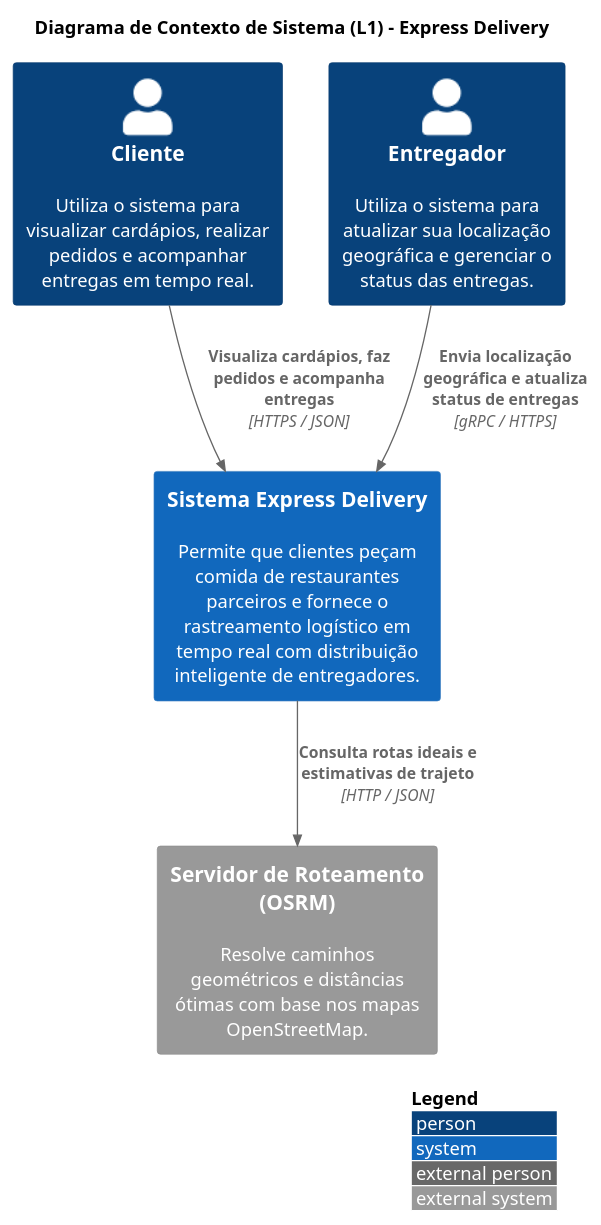
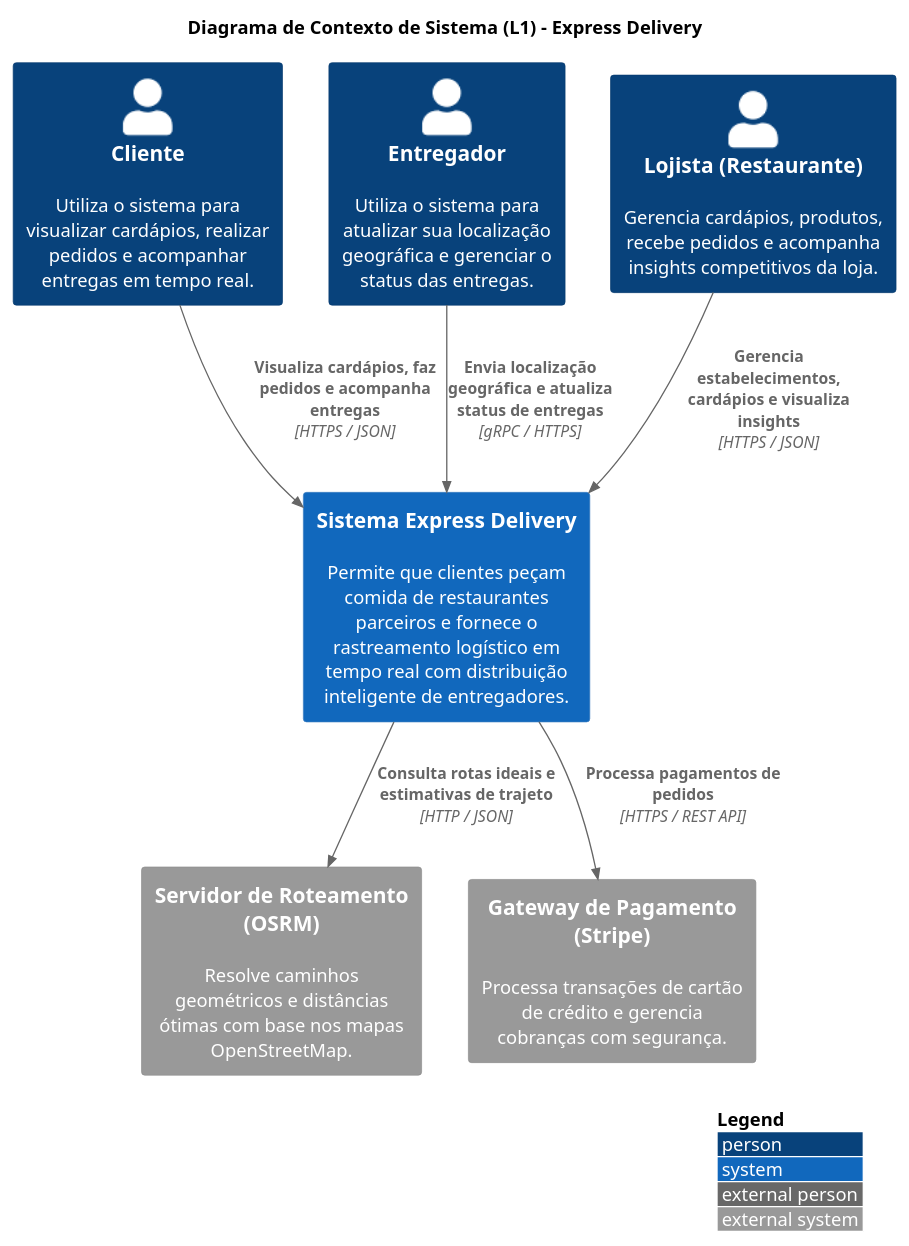
Before and after one commit to arthurair3s/arquitetura-de-software: the diagram in docs/c4/c4_l1_context.puml, drawn with PlantUML. The commit also changed 2 other files, not shown here.

Commit message:
atualiza diagramas de arquitetura c4 l1, l2 e l3 com novos use cases e microsservicos

```diff
--- a/docs/c4/c4_l1_context.puml
+++ b/docs/c4/c4_l1_context.puml
@@ -1,31 +1,35 @@
 @startuml C4_L1_System_Context
 !include https://raw.githubusercontent.com/plantuml-stdlib/C4-PlantUML/master/C4_Context.puml
 
 LAYOUT_WITH_LEGEND()
 
 title Diagrama de Contexto de Sistema (L1) - Express Delivery
 
 ' -------------------------------------------------------------
 ' ATORES / PESSOAS
 ' -------------------------------------------------------------
 Person(cliente, "Cliente", "Utiliza o sistema para visualizar cardápios, realizar pedidos e acompanhar entregas em tempo real.")
 Person(entregador, "Entregador", "Utiliza o sistema para atualizar sua localização geográfica e gerenciar o status das entregas.")
+Person(lojista, "Lojista (Restaurante)", "Gerencia cardápios, produtos, recebe pedidos e acompanha insights competitivos da loja.")
 
 ' -------------------------------------------------------------
 ' SISTEMA PRINCIPAL
 ' -------------------------------------------------------------
 System(express_delivery, "Sistema Express Delivery", "Permite que clientes peçam comida de restaurantes parceiros e fornece o rastreamento logístico em tempo real com distribuição inteligente de entregadores.")
 
 ' -------------------------------------------------------------
 ' SISTEMAS EXTERNOS / DEPENDÊNCIAS
 ' -------------------------------------------------------------
 System_Ext(osrm_server, "Servidor de Roteamento (OSRM)", "Resolve caminhos geométricos e distâncias ótimas com base nos mapas OpenStreetMap.")
+System_Ext(stripe, "Gateway de Pagamento (Stripe)", "Processa transações de cartão de crédito e gerencia cobranças com segurança.")
 
 ' -------------------------------------------------------------
 ' RELACIONAMENTOS
 ' -------------------------------------------------------------
 Rel(cliente, express_delivery, "Visualiza cardápios, faz pedidos e acompanha entregas", "HTTPS / JSON")
 Rel(entregador, express_delivery, "Envia localização geográfica e atualiza status de entregas", "gRPC / HTTPS")
+Rel(lojista, express_delivery, "Gerencia estabelecimentos, cardápios e visualiza insights", "HTTPS / JSON")
 Rel(express_delivery, osrm_server, "Consulta rotas ideais e estimativas de trajeto", "HTTP / JSON")
+Rel(express_delivery, stripe, "Processa pagamentos de pedidos", "HTTPS / REST API")
 
 @enduml
```
